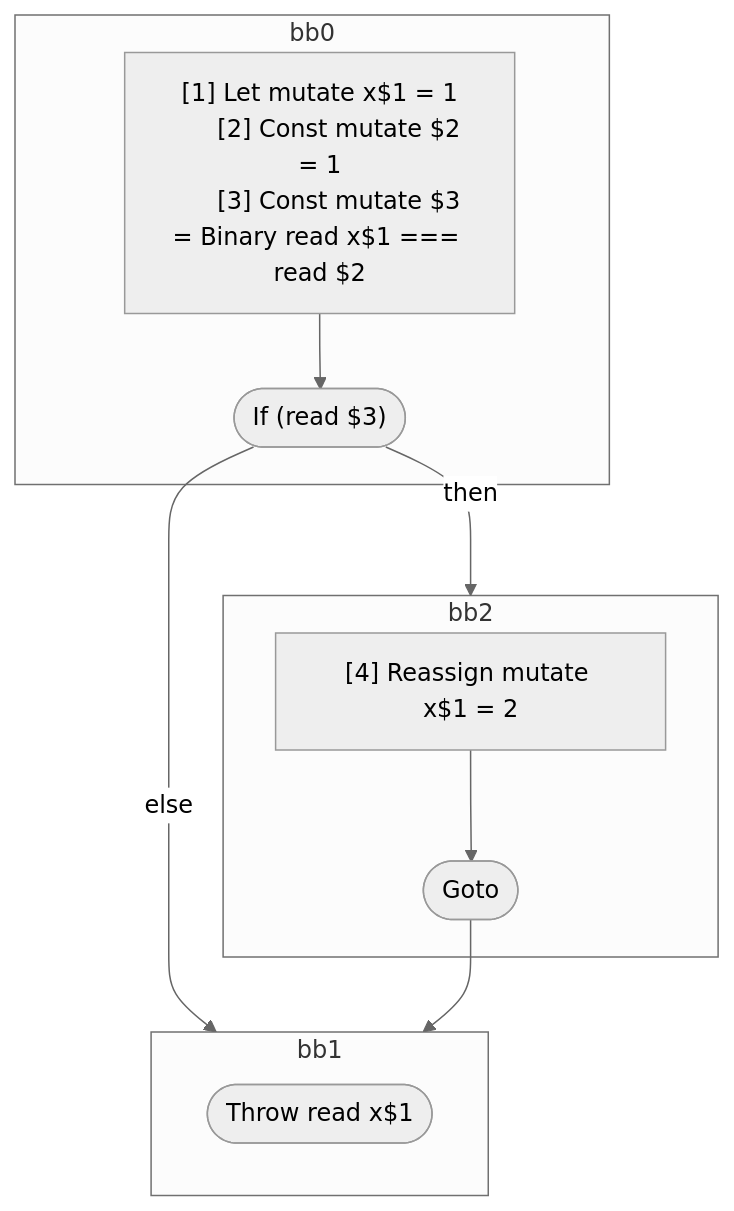
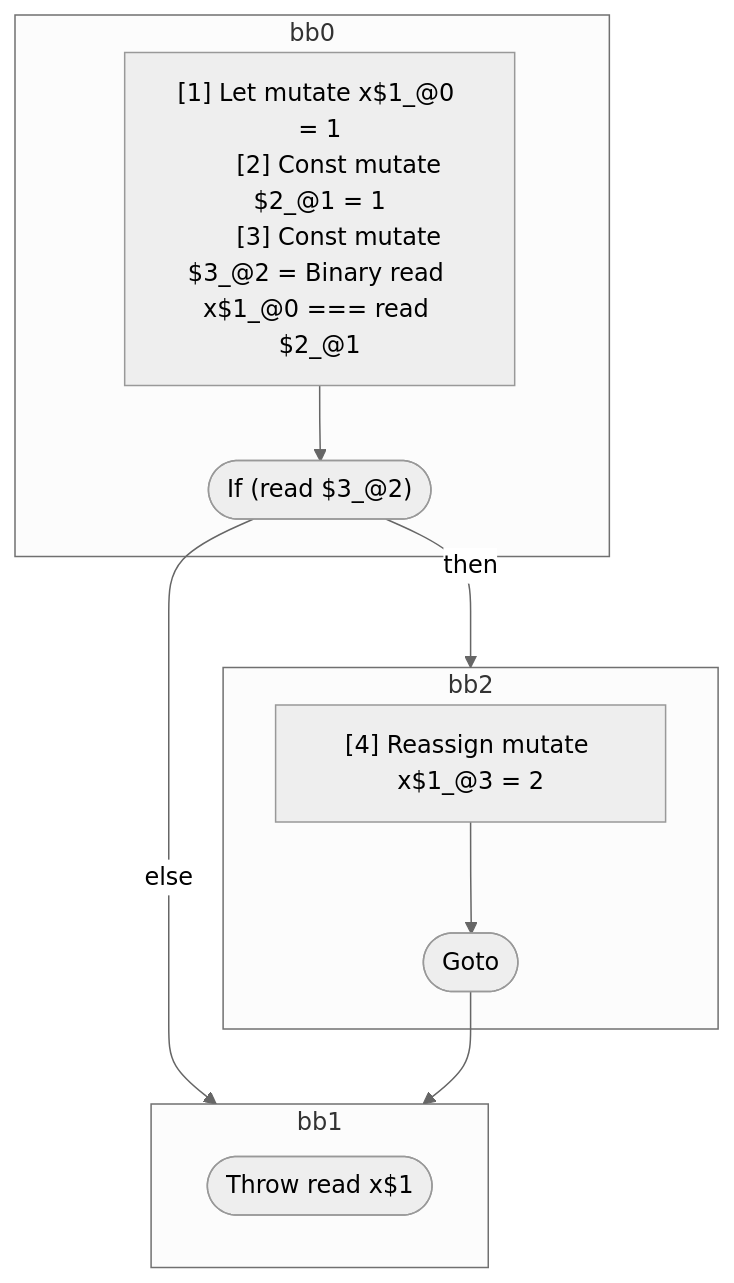
One commit to wutsmog/private changed the diagram in compiler/forget/src/__tests__/fixtures/hir/ssa-throw.expect.md. Above: the diagram before and after it, drawn with Mermaid (neutral theme). The commit also changed other lines of this file and 60 other files, not shown here.

````diff
--- a/compiler/forget/src/__tests__/fixtures/hir/ssa-throw.expect.md
+++ b/compiler/forget/src/__tests__/fixtures/hir/ssa-throw.expect.md
@@ -34,27 +34,27 @@
 ```mermaid
 flowchart TB
   %% Basic Blocks
   subgraph bb0
     bb0_instrs["
-      [1] Let mutate x$1 = 1
-      [2] Const mutate $2 = 1
-      [3] Const mutate $3 = Binary read x$1 === read $2
+      [1] Let mutate x$1_@0 = 1
+      [2] Const mutate $2_@1 = 1
+      [3] Const mutate $3_@2 = Binary read x$1_@0 === read $2_@1
     "]
-    bb0_instrs --> bb0_terminal(["If (read $3)"])
+    bb0_instrs --> bb0_terminal(["If (read $3_@2)"])
   end
   subgraph bb2
     bb2_instrs["
-      [4] Reassign mutate x$1 = 2
+      [4] Reassign mutate x$1_@3 = 2
     "]
     bb2_instrs --> bb2_terminal(["Goto"])
   end
   subgraph bb1
     bb1_terminal(["Throw read x$1"])
   end
 
   %% Jumps
   bb0_terminal -- then --> bb2
   bb0_terminal -- else --> bb1
   bb2_terminal --> bb1
 
 ```
````
